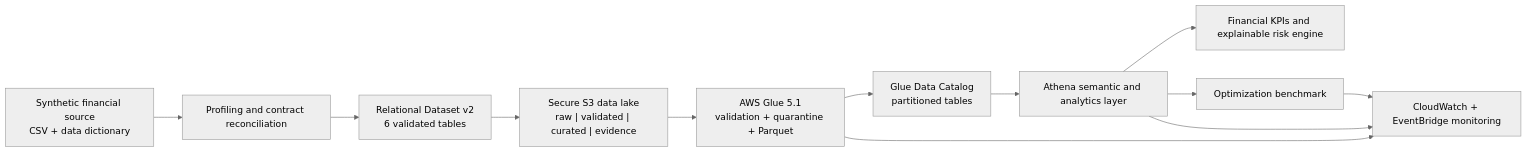
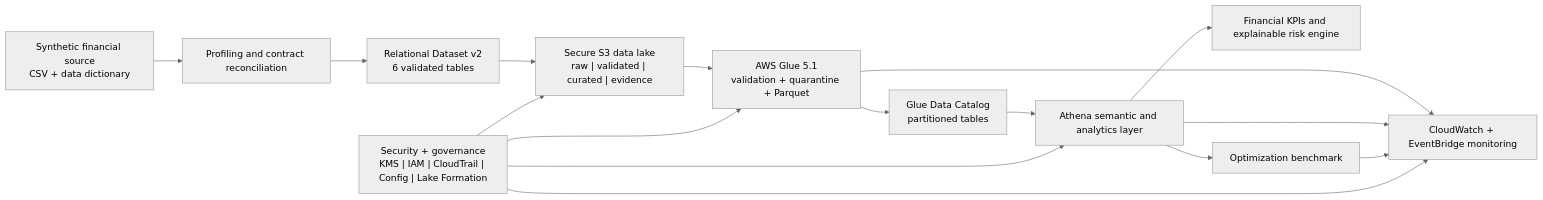
The diagram in README.md (DevDataMLOps/Zipco-Financial-Risk-Intelligence-platform), drawn with Mermaid (neutral theme) before and after one commit. The commit also changed other lines of this file and 45 other files, not shown here.

Commit message:
Complete security and Lake Formation proof

````diff
--- a/README.md
+++ b/README.md
@@ -20,14 +22,18 @@
 ```mermaid
 flowchart LR
     SOURCE["Synthetic financial source<br/>CSV + data dictionary"] --> PROFILE["Profiling and contract reconciliation"]
     PROFILE --> V2["Relational Dataset v2<br/>6 validated tables"]
     V2 --> S3["Secure S3 data lake<br/>raw | validated | curated | evidence"]
     S3 --> GLUE["AWS Glue 5.1<br/>validation + quarantine + Parquet"]
     GLUE --> CATALOG["Glue Data Catalog<br/>partitioned tables"]
     CATALOG --> ATHENA["Athena semantic and analytics layer"]
     ATHENA --> BI["Financial KPIs and explainable risk engine"]
     ATHENA --> PERF["Optimization benchmark"]
     GLUE --> OPS["CloudWatch + EventBridge monitoring"]
     ATHENA --> OPS
     PERF --> OPS
+    SECURITY["Security + governance<br/>KMS | IAM | CloudTrail | Config | Lake Formation"] --> S3
+    SECURITY --> GLUE
+    SECURITY --> ATHENA
+    SECURITY --> OPS
 ```
````
